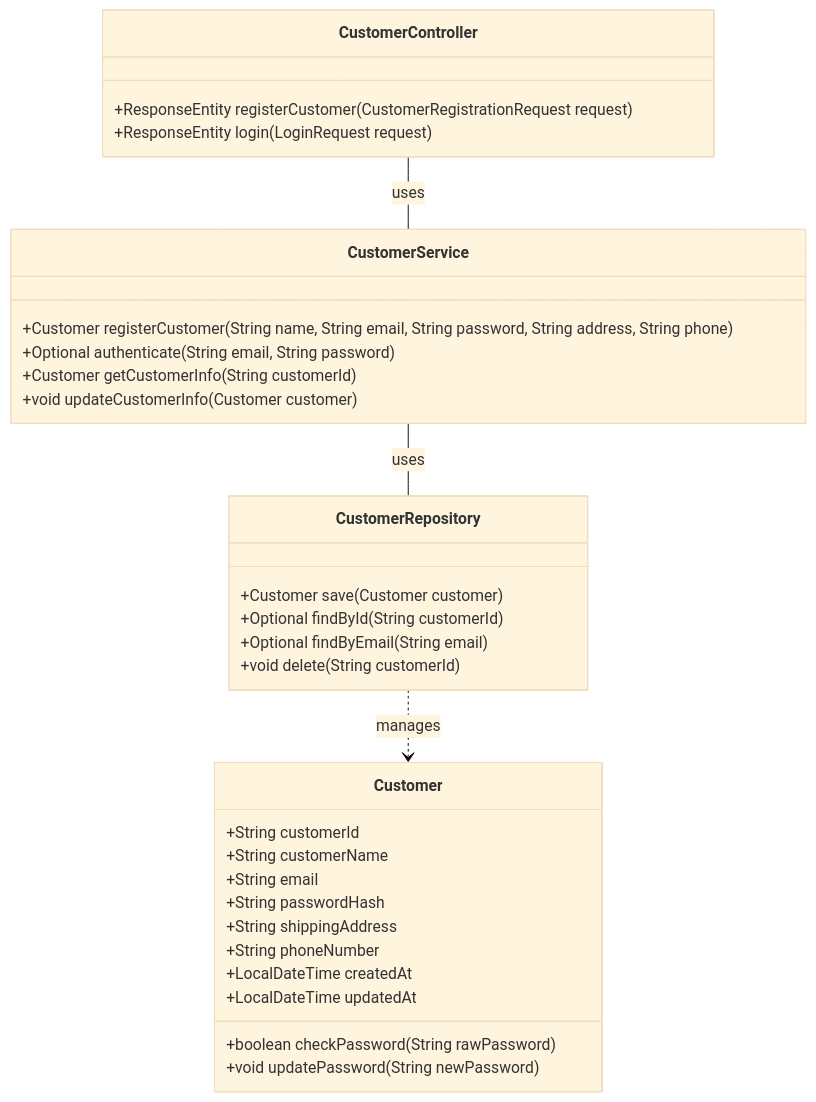
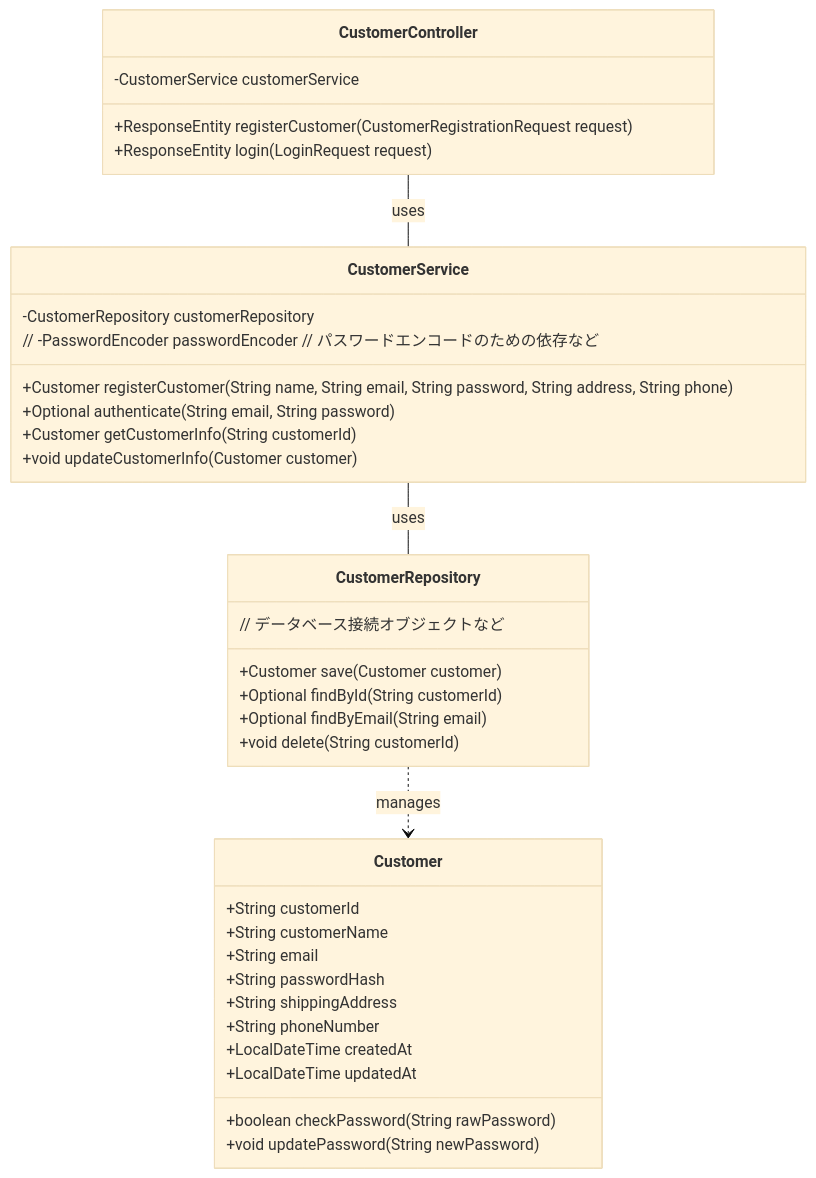
One commit to ainaga09/ACE changed the fourth of 4 diagrams in 基本設計/はじめに.md. Above: the diagram before and after it, drawn with Mermaid (base theme). The commit also changed other lines of this file, not shown here.

```diff
--- a/基本設計/はじめに.md
+++ b/基本設計/はじめに.md
@@ -218,35 +248,39 @@
 <div class="mermaid">
 classDiagram
     CustomerController -- CustomerService : uses
     CustomerService -- CustomerRepository : uses
     CustomerRepository ..> Customer : manages
 
     class CustomerController {
+        -CustomerService customerService
         +ResponseEntity<CustomerRegistrationResponse> registerCustomer(CustomerRegistrationRequest request)
         +ResponseEntity<LoginResponse> login(LoginRequest request)
     }
     class CustomerService {
+        -CustomerRepository customerRepository
+        // -PasswordEncoder passwordEncoder // パスワードエンコードのための依存など
         +Customer registerCustomer(String name, String email, String password, String address, String phone)
         +Optional<Customer> authenticate(String email, String password)
         +Customer getCustomerInfo(String customerId)
         +void updateCustomerInfo(Customer customer)
     }
     class CustomerRepository {
+        // データベース接続オブジェクトなど
         +Customer save(Customer customer)
         +Optional<Customer> findById(String customerId)
         +Optional<Customer> findByEmail(String email)
         +void delete(String customerId)
     }
     class Customer {
         +String customerId
         +String customerName
         +String email
         +String passwordHash
         +String shippingAddress
         +String phoneNumber
         +LocalDateTime createdAt
         +LocalDateTime updatedAt
         +boolean checkPassword(String rawPassword)
         +void updatePassword(String newPassword)
     }
 </div>
```
